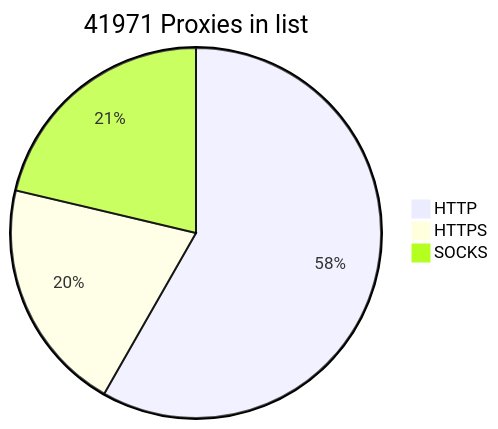
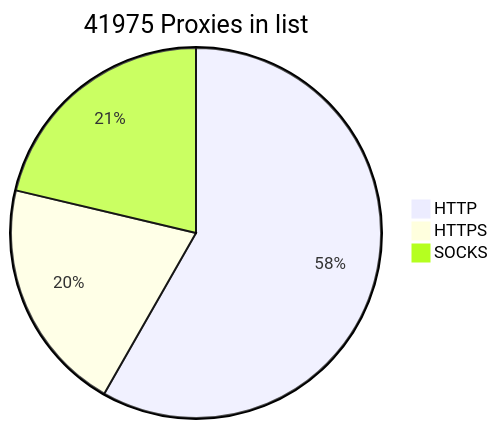
Before and after one commit to BlackSnowDot/proxylist-update-every-minute: the diagram in README.md, drawn with Mermaid.

````diff
--- a/README.md
+++ b/README.md
@@ -2,6 +2,6 @@
 ```mermaid
-pie title 41971 Proxies in list
-    "HTTP" : 28311
-    "HTTPS": 9933
+pie title 41975 Proxies in list
+    "HTTP" : 28314
+    "HTTPS": 9937
     "SOCKS" : 10351
 ```
````
